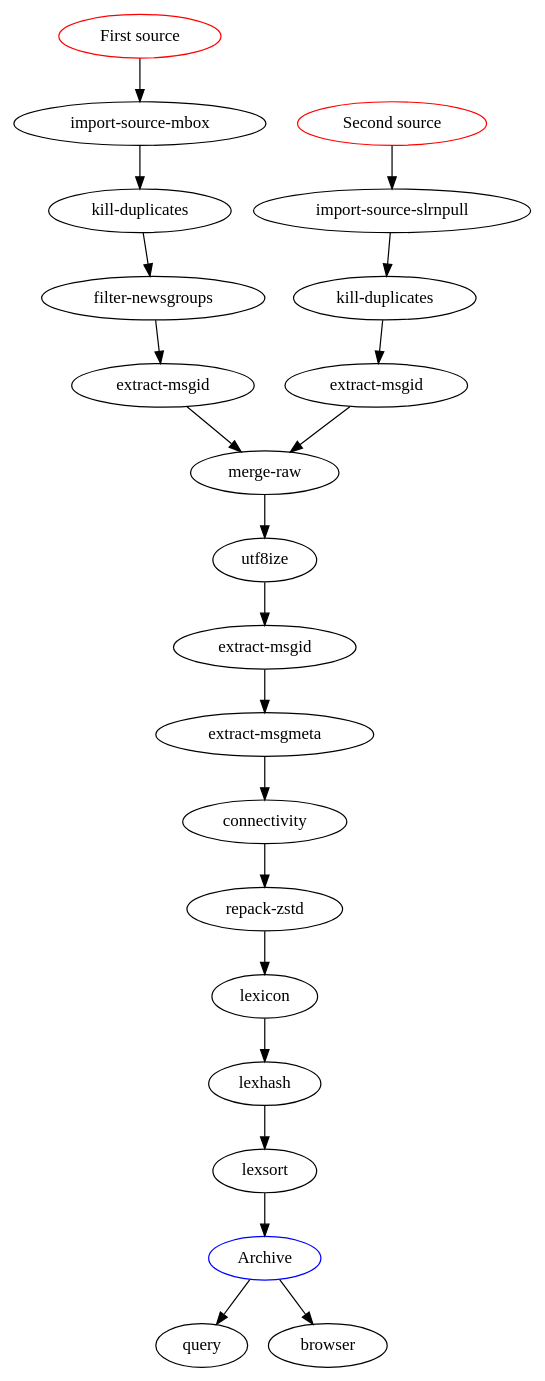
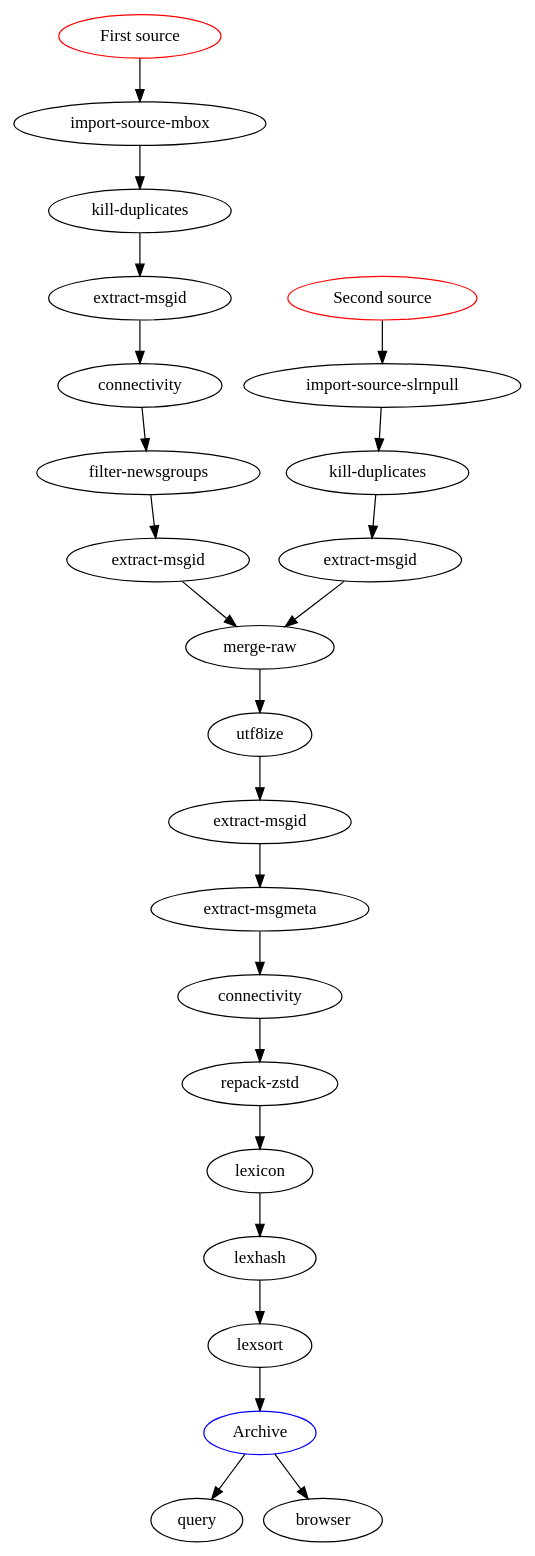
The diagram in doc/pipeline.dot (wolfpld/usenetarchive), drawn with Graphviz before and after one commit. The commit also changed 1 other file, not shown here.

Commit message:
filter-newsgroups now requires dates.

```diff
--- a/doc/pipeline.dot
+++ b/doc/pipeline.dot
@@ -1,42 +1,46 @@
 digraph
 {
     src1[label="First source", color=red];
     src2[label="Second source", color=red];
     dst1[label="Archive", color=blue];
 
     mbox[label="import-source-mbox"];
     slrnpull[label="import-source-slrnpull"];
 
     kill1[label="kill-duplicates"];
     kill2[label="kill-duplicates"];
 
     msgid1[label="extract-msgid"];
     msgid2[label="extract-msgid"];
     msgid3[label="extract-msgid"];
+    msgid4[label="extract-msgid"];
+    conn2[label="connectivity"];
 
     filter[label="filter-newsgroups"];
     merge[label="merge-raw"];
     msgmeta[label="extract-msgmeta"];
     repack[label="repack-zstd"];
 
     src1 -> mbox;
     src2 -> slrnpull;
     mbox -> kill1;
     slrnpull -> kill2;
-    kill1 -> filter;
+    kill1 -> msgid4;
+    msgid4 -> conn2;
+    conn2 -> filter;
     filter -> msgid1;
     kill2 -> msgid2;
     msgid1 -> merge;
     msgid2 -> merge;
     merge -> utf8ize;
     utf8ize -> msgid3;
     msgid3 -> msgmeta;
     msgmeta -> connectivity;
     connectivity -> repack;
     repack -> lexicon;
     lexicon -> lexhash;
     lexhash -> lexsort;
     lexsort -> dst1;
     dst1 -> query;
     dst1 -> browser;
 }
```
